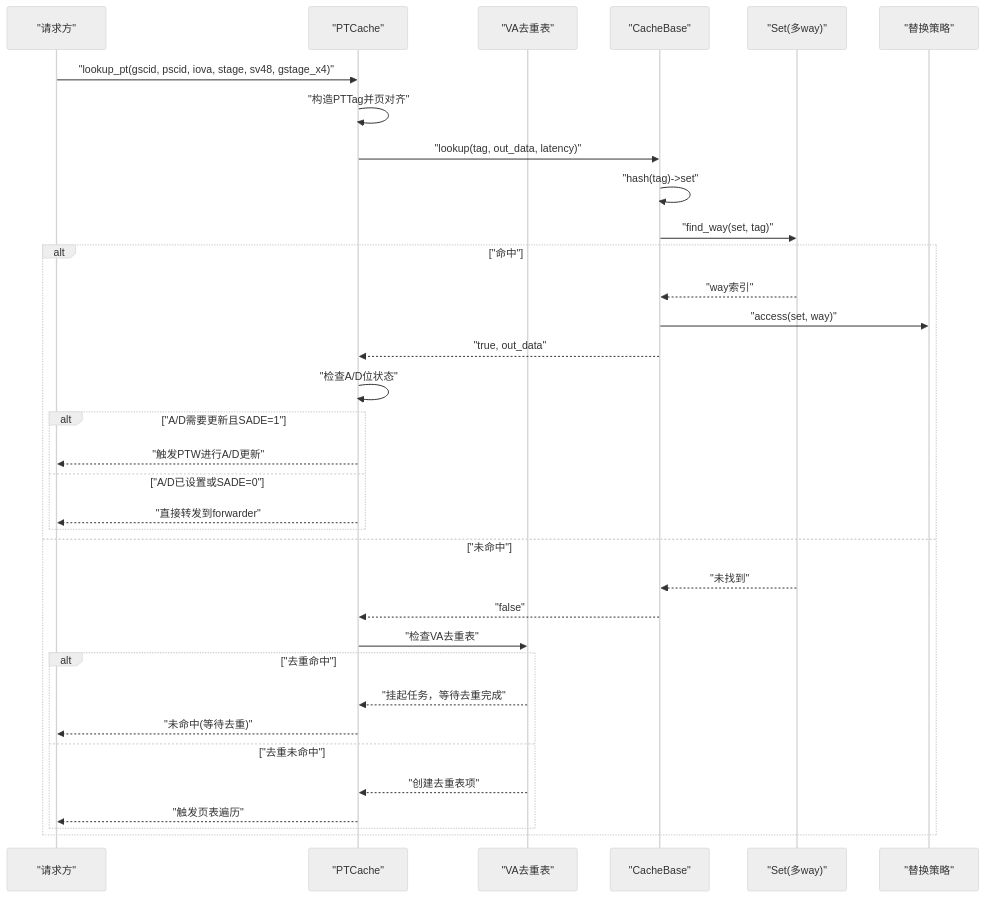
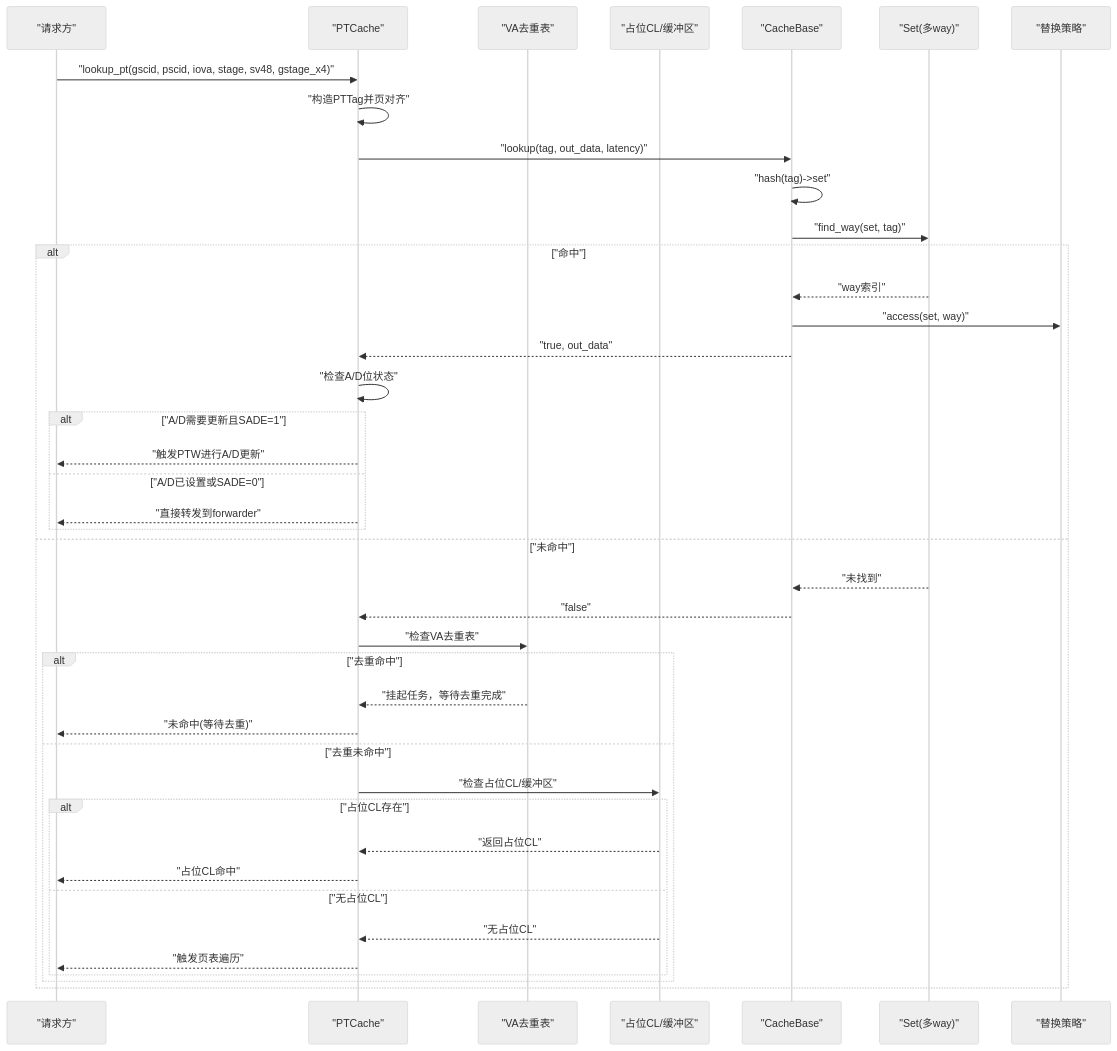
The second of 15 diagrams in .qoder/repowiki/zh/content/缓存系统架构/页表缓存(PT Cache)/页表缓存(PT Cache).md (jiangjiang1122/iommu_model_20260401_v1), drawn with Mermaid (neutral theme) before and after one commit. The commit also changed other lines of this file and 21 other files, not shown here.

````diff
--- a/.qoder/repowiki/zh/content/缓存系统架构/页表缓存(PT Cache)/页表缓存(PT Cache).md
+++ b/.qoder/repowiki/zh/content/缓存系统架构/页表缓存(PT Cache)/页表缓存(PT Cache).md
@@ -163,36 +185,43 @@
 ```mermaid
 sequenceDiagram
 participant Req as "请求方"
 participant PT as "PTCache"
 participant Dedup as "VA去重表"
+participant PH as "占位CL/缓冲区"
 participant Base as "CacheBase"
 participant Set as "Set(多way)"
 participant RP as "替换策略"
 Req->>PT : "lookup_pt(gscid, pscid, iova, stage, sv48, gstage_x4)"
 PT->>PT : "构造PTTag并页对齐"
 PT->>Base : "lookup(tag, out_data, latency)"
 Base->>Base : "hash(tag)->set"
 Base->>Set : "find_way(set, tag)"
 alt "命中"
 Set-->>Base : "way索引"
 Base->>RP : "access(set, way)"
 Base-->>PT : "true, out_data"
 PT->>PT : "检查A/D位状态"
 alt "A/D需要更新且SADE=1"
 PT-->>Req : "触发PTW进行A/D更新"
 else "A/D已设置或SADE=0"
 PT-->>Req : "直接转发到forwarder"
 end
 else "未命中"
 Set-->>Base : "未找到"
 Base-->>PT : "false"
 PT->>Dedup : "检查VA去重表"
 alt "去重命中"
 Dedup-->>PT : "挂起任务，等待去重完成"
 PT-->>Req : "未命中(等待去重)"
 else "去重未命中"
-Dedup-->>PT : "创建去重表项"
+PT->>PH : "检查占位CL/缓冲区"
+alt "占位CL存在"
+PH-->>PT : "返回占位CL"
+PT-->>Req : "占位CL命中"
+else "无占位CL"
+PH-->>PT : "无占位CL"
 PT-->>Req : "触发页表遍历"
 end
 end
+end
 ```
````
